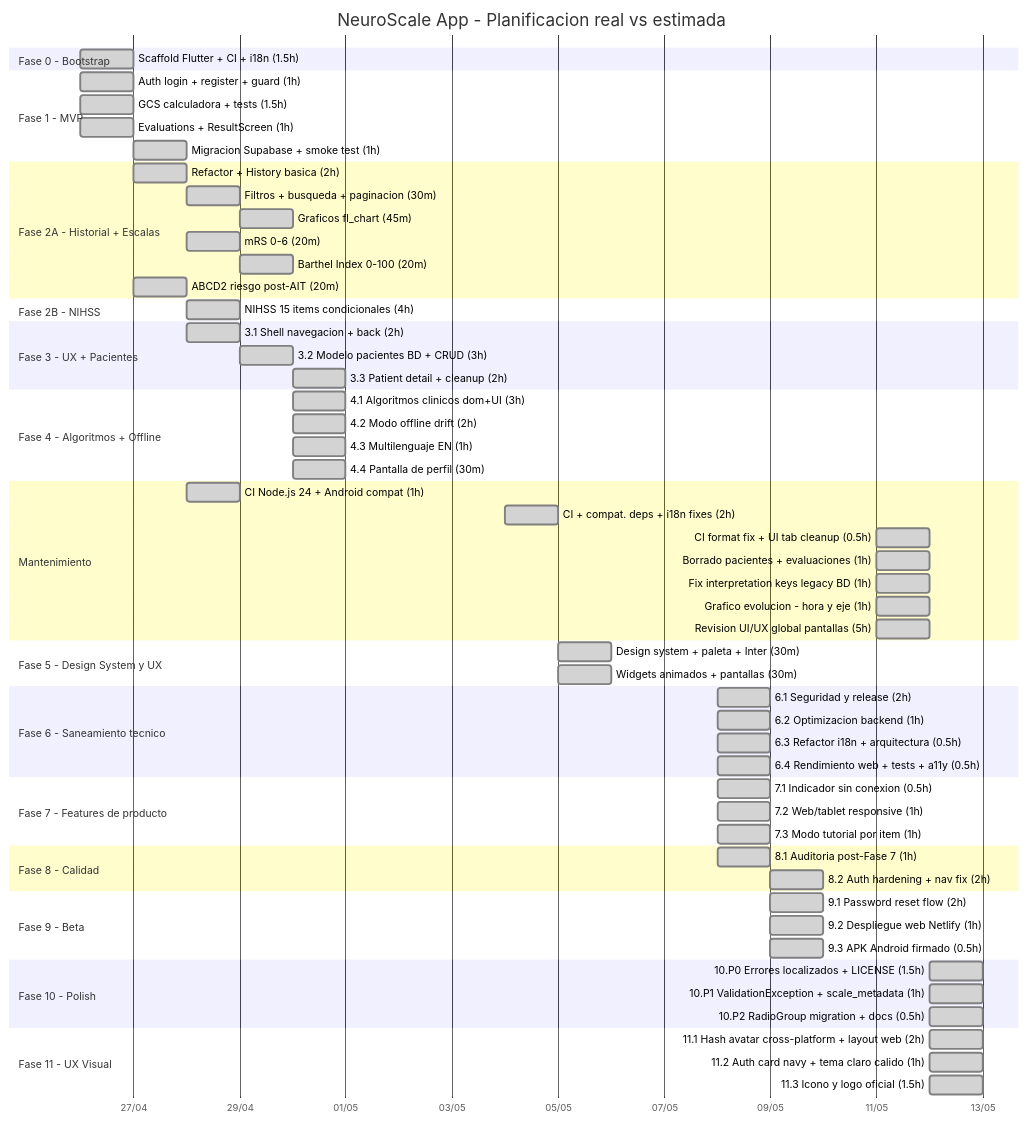
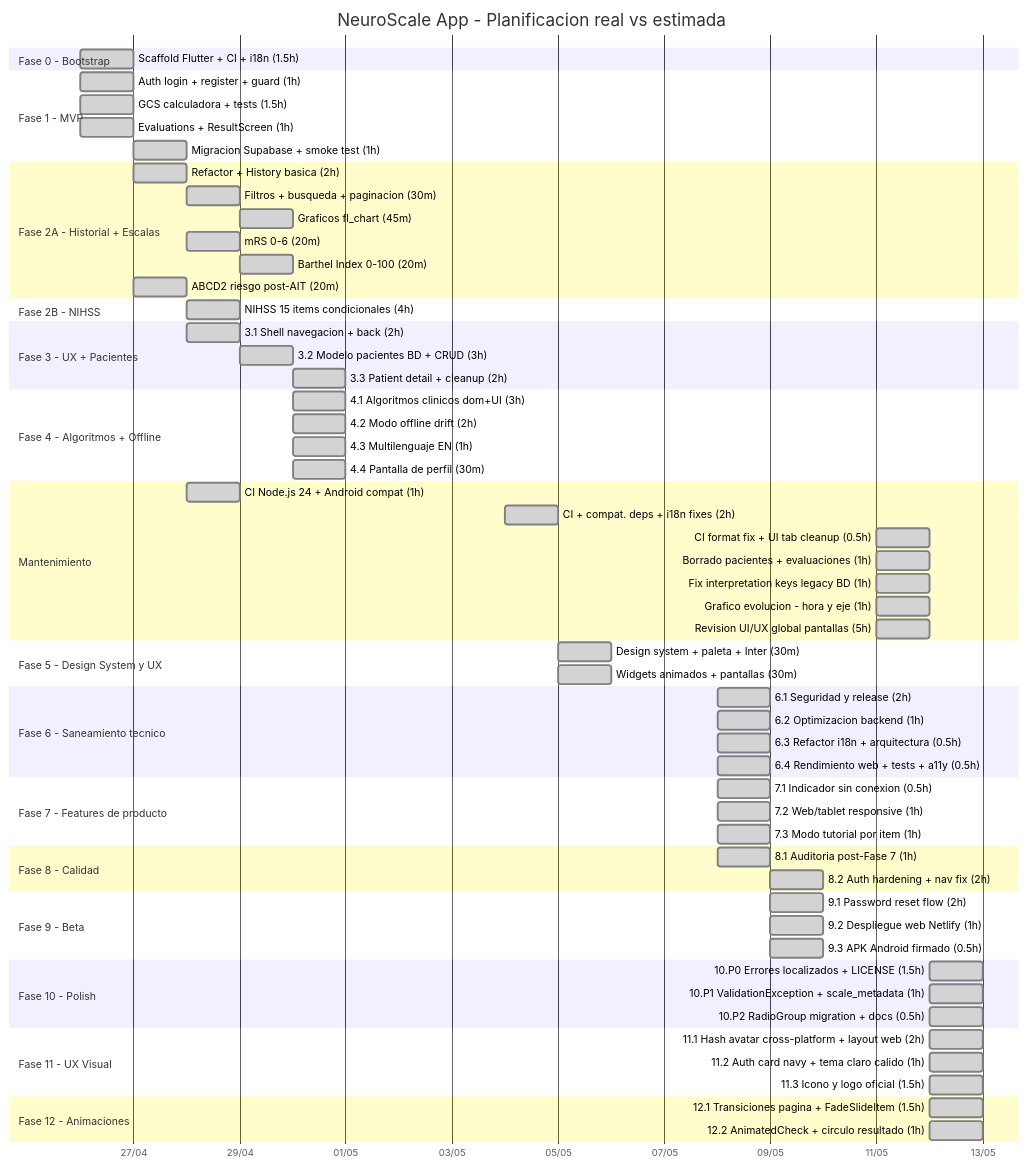
One commit to grisllo/NeuroScaleApp changed the diagram in README.md. Above: the diagram before and after it, drawn with Mermaid. The commit also changed other lines of this file and 3 other files, not shown here.

````diff
--- a/README.md
+++ b/README.md
@@ -123,4 +123,8 @@
     11.1 Hash avatar cross-platform + layout web (2h) :done, f11a, 2026-05-12, 1d
     11.2 Auth card navy + tema claro calido (1h) :done, f11b, 2026-05-12, 1d
     11.3 Icono y logo oficial (1.5h)            :done, f11c, 2026-05-12, 1d
+
+    section Fase 12 - Animaciones
+    12.1 Transiciones pagina + FadeSlideItem (1.5h) :done, f12a, 2026-05-12, 1d
+    12.2 AnimatedCheck + circulo resultado (1h) :done, f12b, 2026-05-12, 1d
 ```
````
